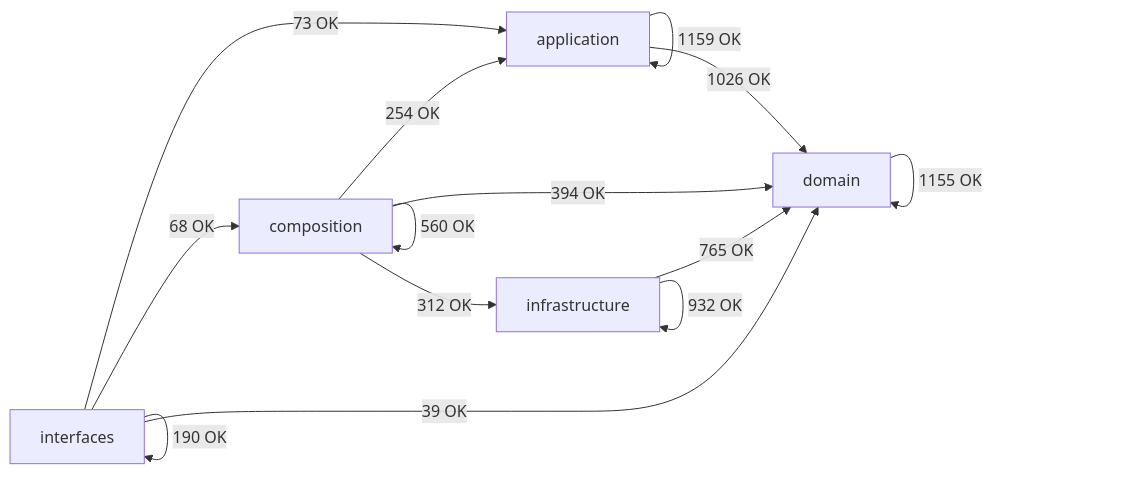
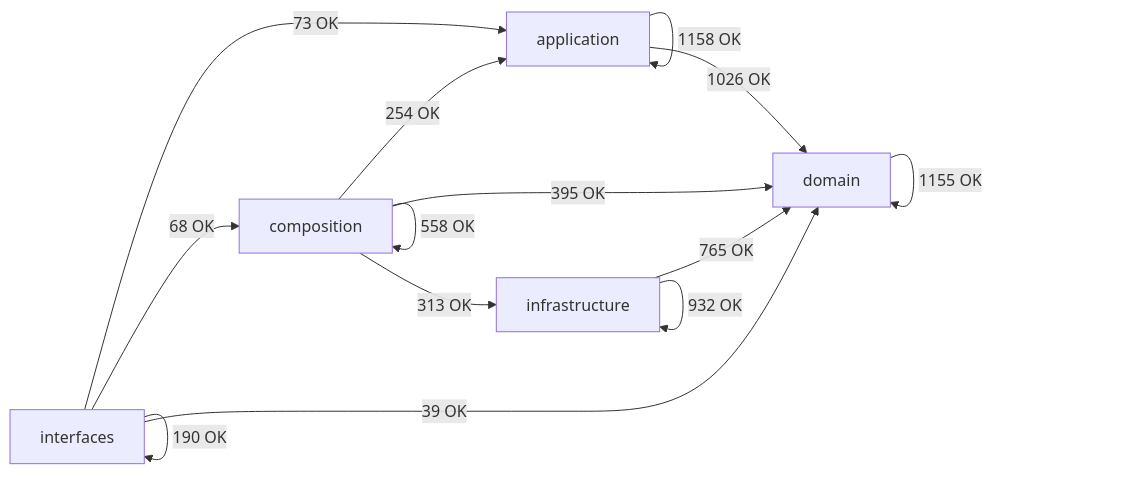
The diagram in docs/02-architecture/generated/module-dependency-map.md (SatoryKono/BioactivityDataAcquisition), drawn with Mermaid before and after one commit. The commit also changed other lines of this file and 22 other files, not shown here.

````diff
--- a/docs/02-architecture/generated/module-dependency-map.md
+++ b/docs/02-architecture/generated/module-dependency-map.md
@@ -17,21 +17,21 @@
 ```mermaid
 flowchart LR
     domain[domain]
     application[application]
     infrastructure[infrastructure]
     composition[composition]
     interfaces[interfaces]
-    application -->|1159 OK| application
+    application -->|1158 OK| application
     application -->|1026 OK| domain
     composition -->|254 OK| application
-    composition -->|560 OK| composition
-    composition -->|394 OK| domain
-    composition -->|312 OK| infrastructure
+    composition -->|558 OK| composition
+    composition -->|395 OK| domain
+    composition -->|313 OK| infrastructure
     domain -->|1155 OK| domain
     infrastructure -->|765 OK| domain
     infrastructure -->|932 OK| infrastructure
     interfaces -->|73 OK| application
     interfaces -->|68 OK| composition
     interfaces -->|39 OK| domain
     interfaces -->|190 OK| interfaces
 ```
````
